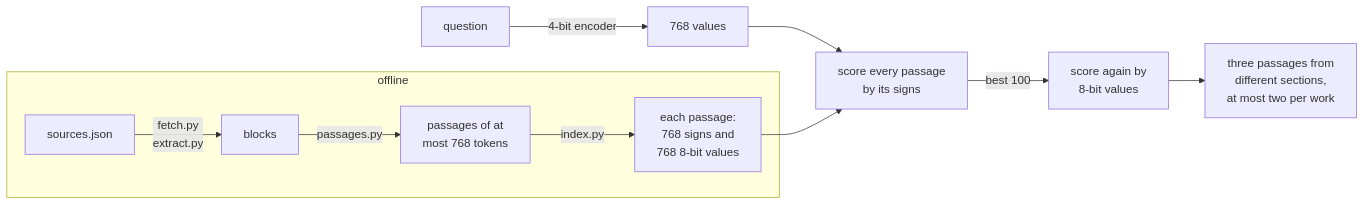
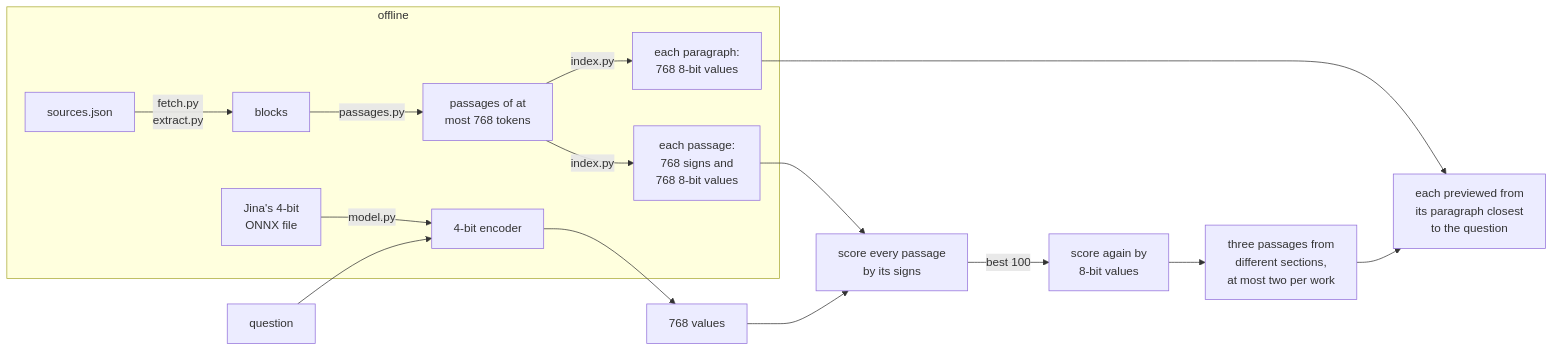
The diagram in README.md (gustavecortal/philosophical-search), drawn with Mermaid before and after one commit. The commit also changed other lines of this file and 9 other files, not shown here.

````diff
--- a/README.md
+++ b/README.md
@@ -27,13 +27,18 @@
 ```mermaid
 flowchart LR
   subgraph offline [offline]
     A[sources.json] -->|fetch.py<br/>extract.py| B[blocks]
     B -->|passages.py| C[passages of at<br/>most 768 tokens]
     C -->|index.py| D[each passage:<br/>768 signs and<br/>768 8-bit values]
+    C -->|index.py| P[each paragraph:<br/>768 8-bit values]
+    M[Jina's 4-bit<br/>ONNX file] -->|model.py| N[4-bit encoder]
   end
-  Q[question] -->|4-bit encoder| E[768 values]
+  Q[question] --> N
+  N --> E[768 values]
   E --> F[score every passage<br/>by its signs]
   D --> F
   F -->|best 100| G[score again by<br/>8-bit values]
   G --> H[three passages from<br/>different sections,<br/>at most two per work]
+  H --> I[each previewed from<br/>its paragraph closest<br/>to the question]
+  P --> I
 ```
````
